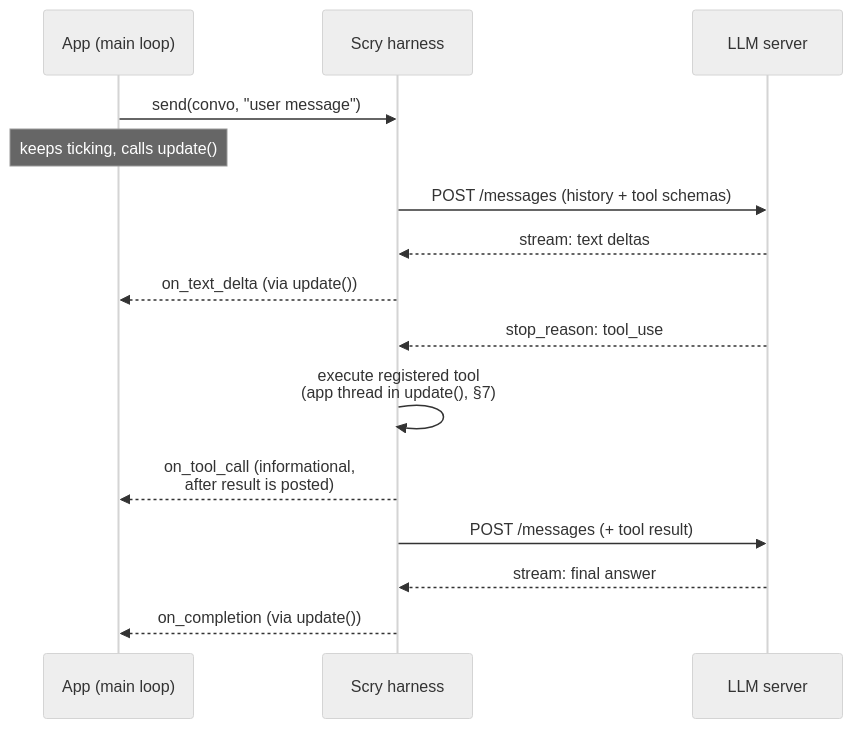
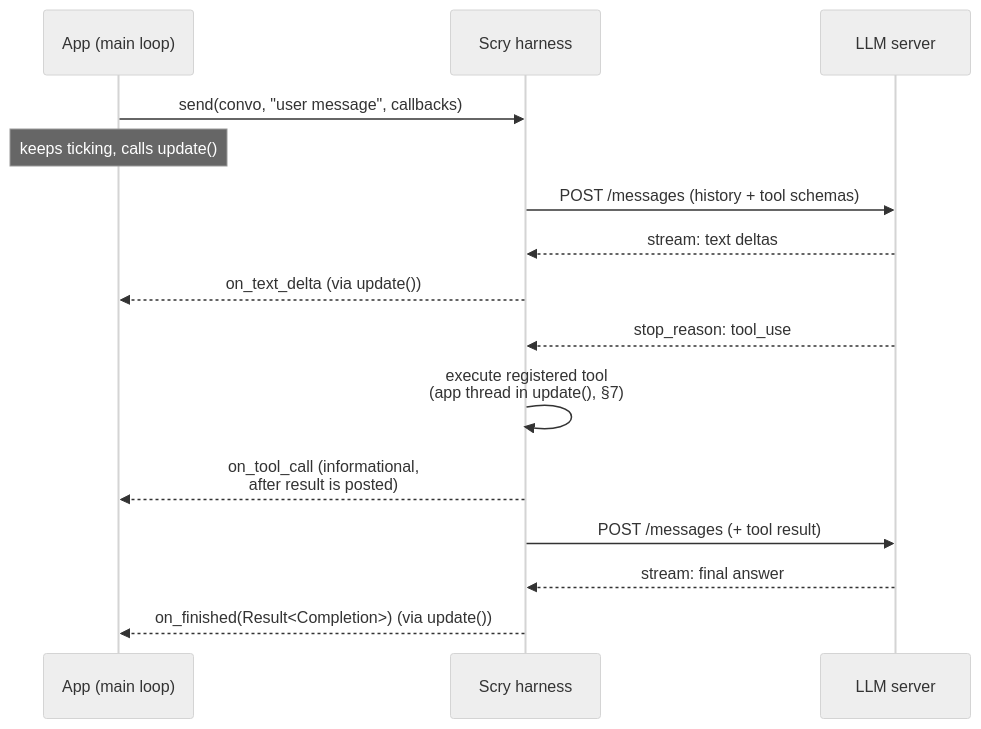
Before and after one commit to crybo-rybo/scry: the second of 3 diagrams in DESIGN.md, drawn with Mermaid (neutral theme). The commit also changed other lines of this file and 15 other files, not shown here.

Commit message:
fix: close callbacks-at-send contract gaps

````diff
--- a/DESIGN.md
+++ b/DESIGN.md
@@ -163,18 +179,18 @@
 ```mermaid
 sequenceDiagram
     participant App as App (main loop)
     participant H as Scry harness
     participant LLM as LLM server
 
-    App->>H: send(convo, "user message")
+    App->>H: send(convo, "user message", callbacks)
     Note over App: keeps ticking, calls update()
     H->>LLM: POST /messages (history + tool schemas)
     LLM-->>H: stream: text deltas
     H-->>App: on_text_delta (via update())
     LLM-->>H: stop_reason: tool_use
     H->>H: execute registered tool<br/>(app thread in update(), §7)
     H-->>App: on_tool_call (informational,<br/>after result is posted)
     H->>LLM: POST /messages (+ tool result)
     LLM-->>H: stream: final answer
-    H-->>App: on_completion (via update())
+    H-->>App: on_finished(Result<Completion>) (via update())
 ```
````
